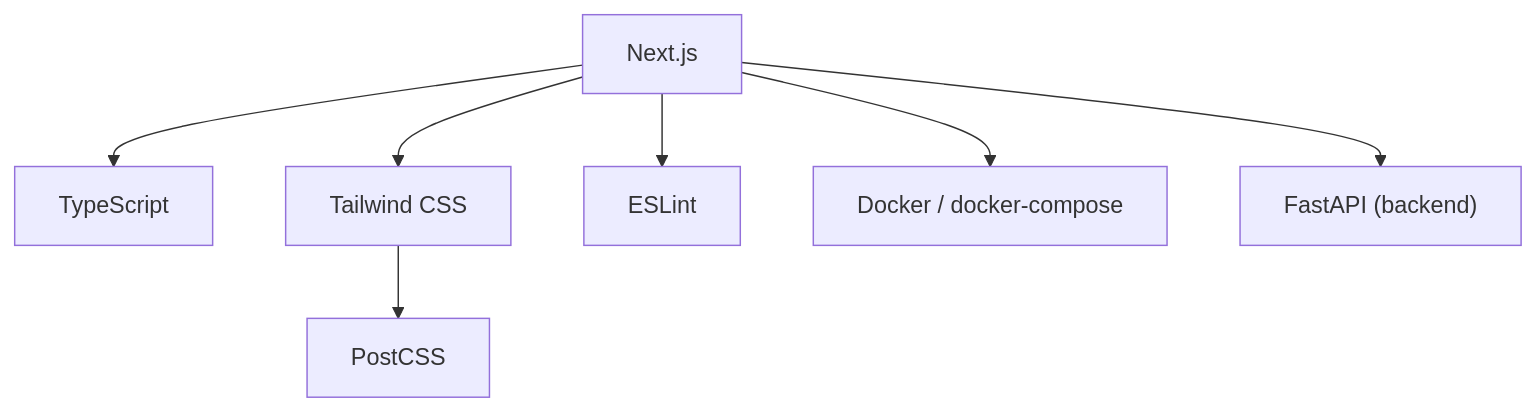
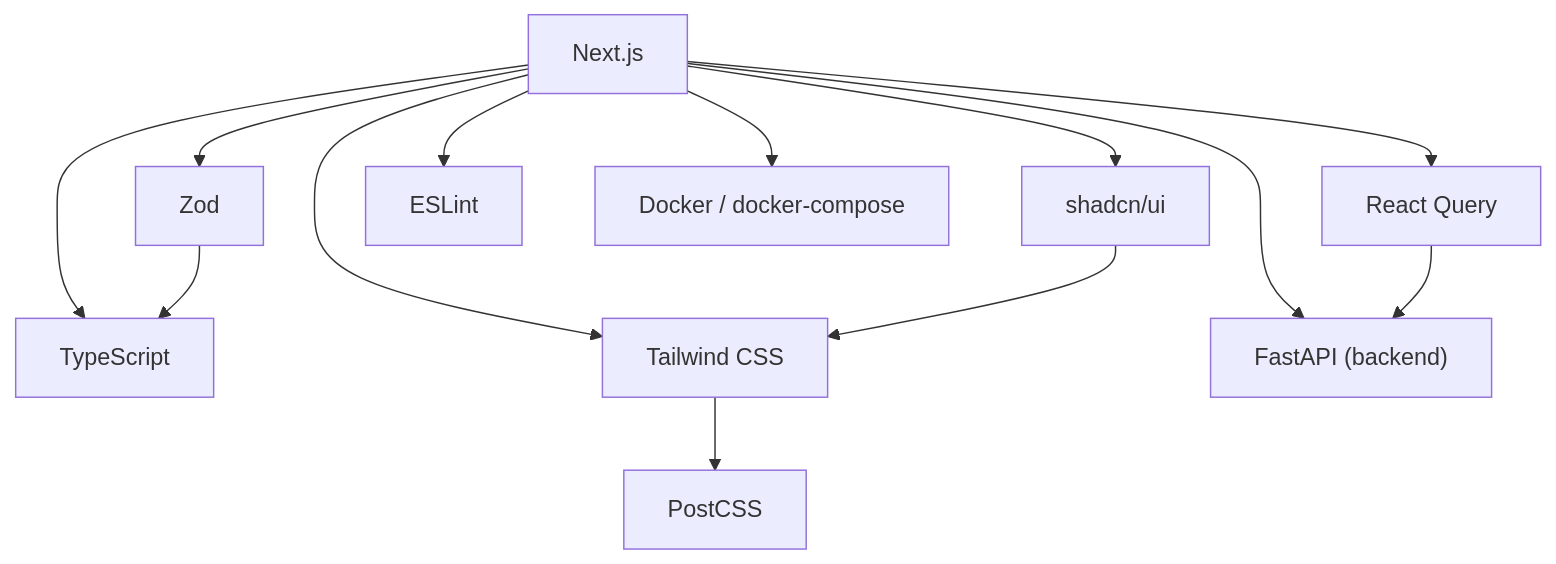
Before and after one commit to ss8806/Todos: the tenth of 10 diagrams in .qoder/repowiki/ja/content/フロントエンド開発.md, drawn with Mermaid. The commit also changed other lines of this file and 3 other files, not shown here.

````diff
--- a/.qoder/repowiki/ja/content/フロントエンド開発.md
+++ b/.qoder/repowiki/ja/content/フロントエンド開発.md
@@ -295,16 +505,25 @@
 ```mermaid
 graph TB
 NEXT["Next.js"]
 TS["TypeScript"]
 TW["Tailwind CSS"]
+REACTQUERY["React Query"]
+SHADCN["shadcn/ui"]
+ZOD["Zod"]
 POST["PostCSS"]
 ESL["ESLint"]
 DK["Docker / docker-compose"]
 FASTAPI["FastAPI (backend)"]
 NEXT --> TS
 NEXT --> TW
+NEXT --> REACTQUERY
+NEXT --> SHADCN
+NEXT --> ZOD
 TW --> POST
 NEXT --> ESL
 NEXT --> DK
 NEXT --> FASTAPI
+REACTQUERY --> FASTAPI
+SHADCN --> TW
+ZOD --> TS
 ```
````
